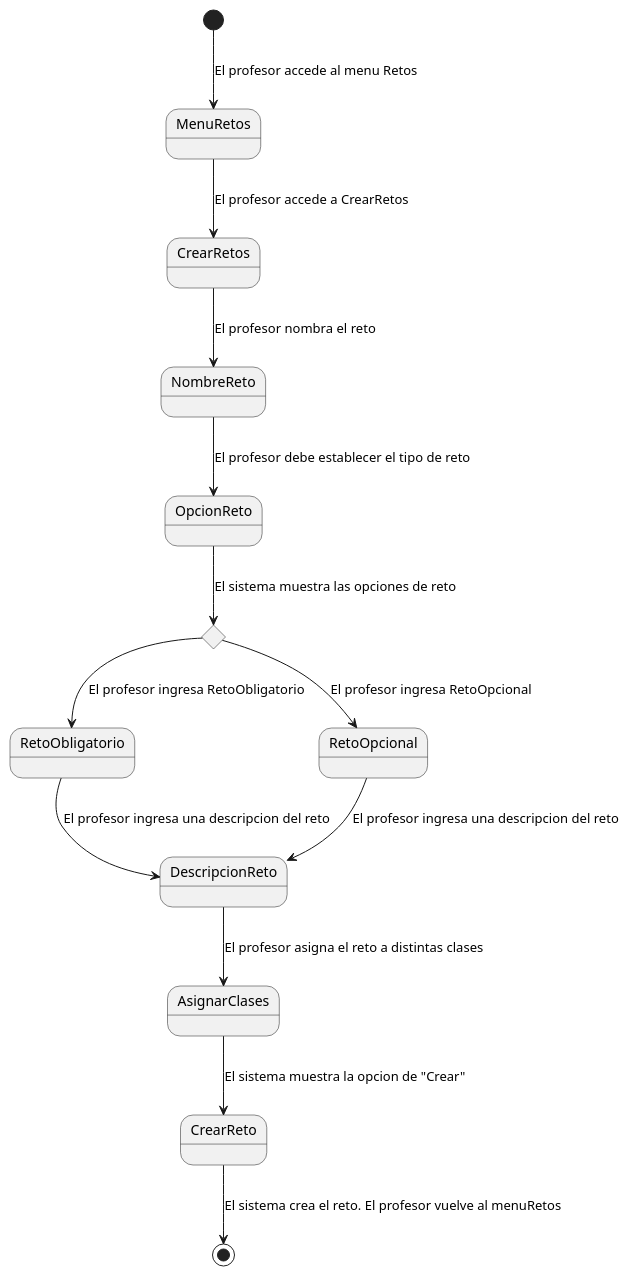
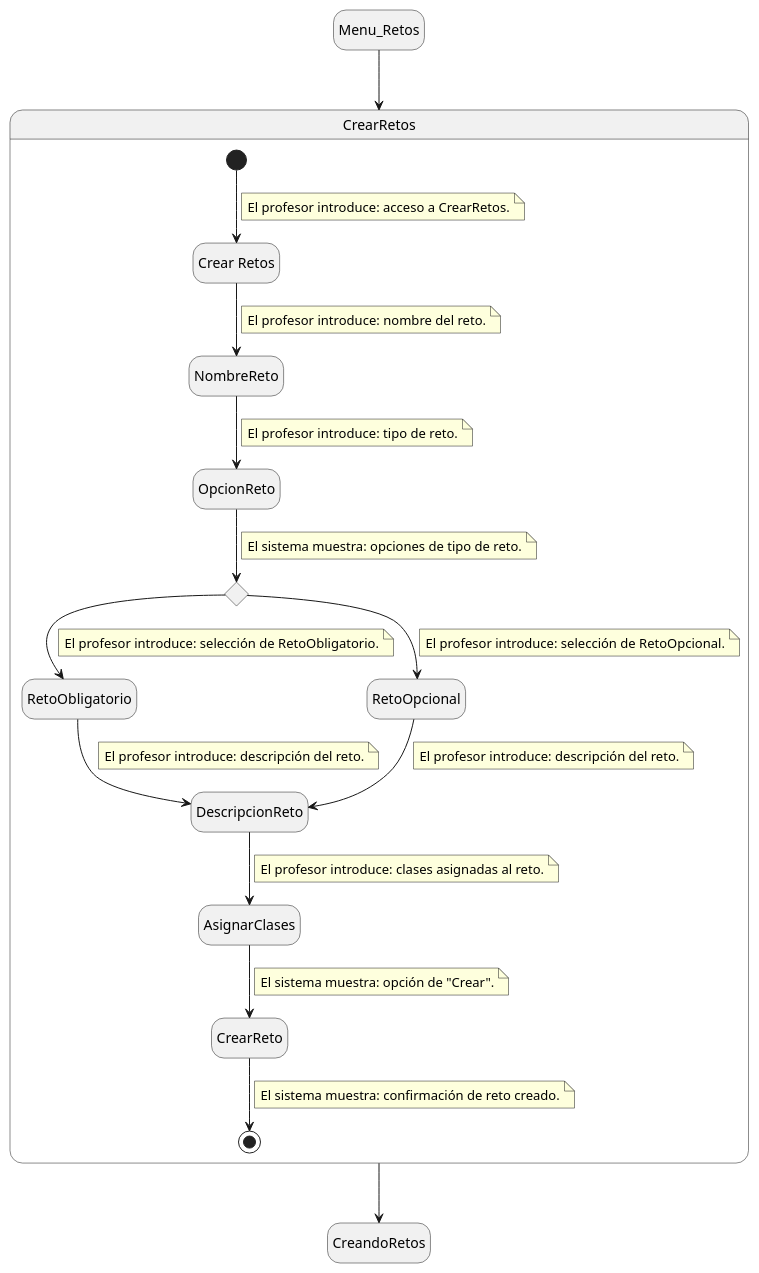
One commit to mmasias/24-25-IdSw1-SDR changed the diagram in Documentos/DetallarCasosDeUso/Profesor/CrearRetos.puml. Above: the diagram before and after it, drawn with PlantUML. The commit also changed 1 other file, not shown here.

Commit message:
Crear Retos

```diff
--- a/Documentos/DetallarCasosDeUso/Profesor/CrearRetos.puml
+++ b/Documentos/DetallarCasosDeUso/Profesor/CrearRetos.puml
@@ -1,17 +1,71 @@
 @startuml
 
-[*] --> MenuRetos : El profesor accede al menu Retos
-MenuRetos --> CrearRetos : El profesor accede a CrearRetos 
-CrearRetos --> NombreReto : El profesor nombra el reto
-NombreReto --> OpcionReto : El profesor debe establecer el tipo de reto 
-state reto <<choice>>
-OpcionReto --> reto : El sistema muestra las opciones de reto
-reto --> RetoObligatorio : El profesor ingresa RetoObligatorio
-reto --> RetoOpcional : El profesor ingresa RetoOpcional
-RetoObligatorio --> DescripcionReto : El profesor ingresa una descripcion del reto
-RetoOpcional --> DescripcionReto : El profesor ingresa una descripcion del reto
-DescripcionReto --> AsignarClases : El profesor asigna el reto a distintas clases
-AsignarClases --> CrearReto : El sistema muestra la opcion de "Crear"
-CrearReto --> [*] : El sistema crea el reto. El profesor vuelve al menuRetos
+hide empty description
+
+state Menu_Retos
+state CreandoRetos
+
+state CrearRetos {
+
+    state IniciarRetos as "Crear Retos"
+    [*] --> IniciarRetos
+    note on link
+        El profesor introduce: acceso a CrearRetos.
+    end note
+
+    IniciarRetos --> NombreReto
+    note on link
+        El profesor introduce: nombre del reto.
+    end note
+
+    NombreReto --> OpcionReto
+    note on link
+        El profesor introduce: tipo de reto.
+    end note
+
+    state reto <<choice>>
+    OpcionReto --> reto
+    note on link
+        El sistema muestra: opciones de tipo de reto.
+    end note
+
+    reto --> RetoObligatorio
+    note on link
+        El profesor introduce: selección de RetoObligatorio.
+    end note
+
+    reto --> RetoOpcional
+    note on link
+        El profesor introduce: selección de RetoOpcional.
+    end note
+
+    RetoObligatorio --> DescripcionReto
+    note on link
+        El profesor introduce: descripción del reto.
+    end note
+
+    RetoOpcional --> DescripcionReto
+    note on link
+        El profesor introduce: descripción del reto.
+    end note
+
+    DescripcionReto --> AsignarClases
+    note on link
+        El profesor introduce: clases asignadas al reto.
+    end note
+
+    AsignarClases --> CrearReto
+    note on link
+        El sistema muestra: opción de "Crear".
+    end note
+
+    CrearReto --> [*]
+    note on link
+        El sistema muestra: confirmación de reto creado.
+    end note
+}
+
+Menu_Retos --> CrearRetos
+CrearRetos --> CreandoRetos
 
 @enduml
```
